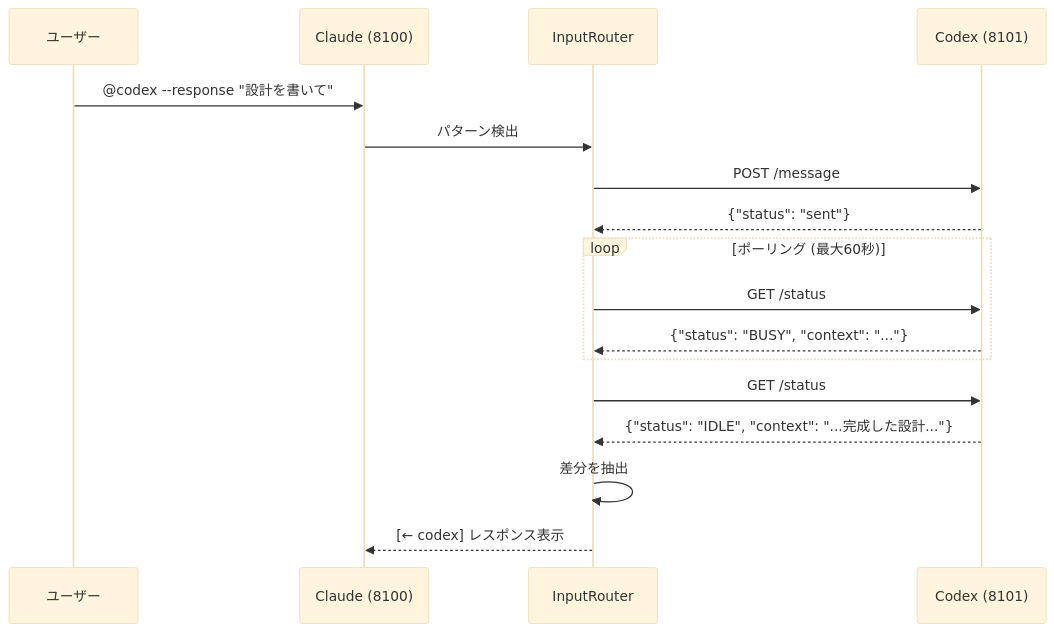
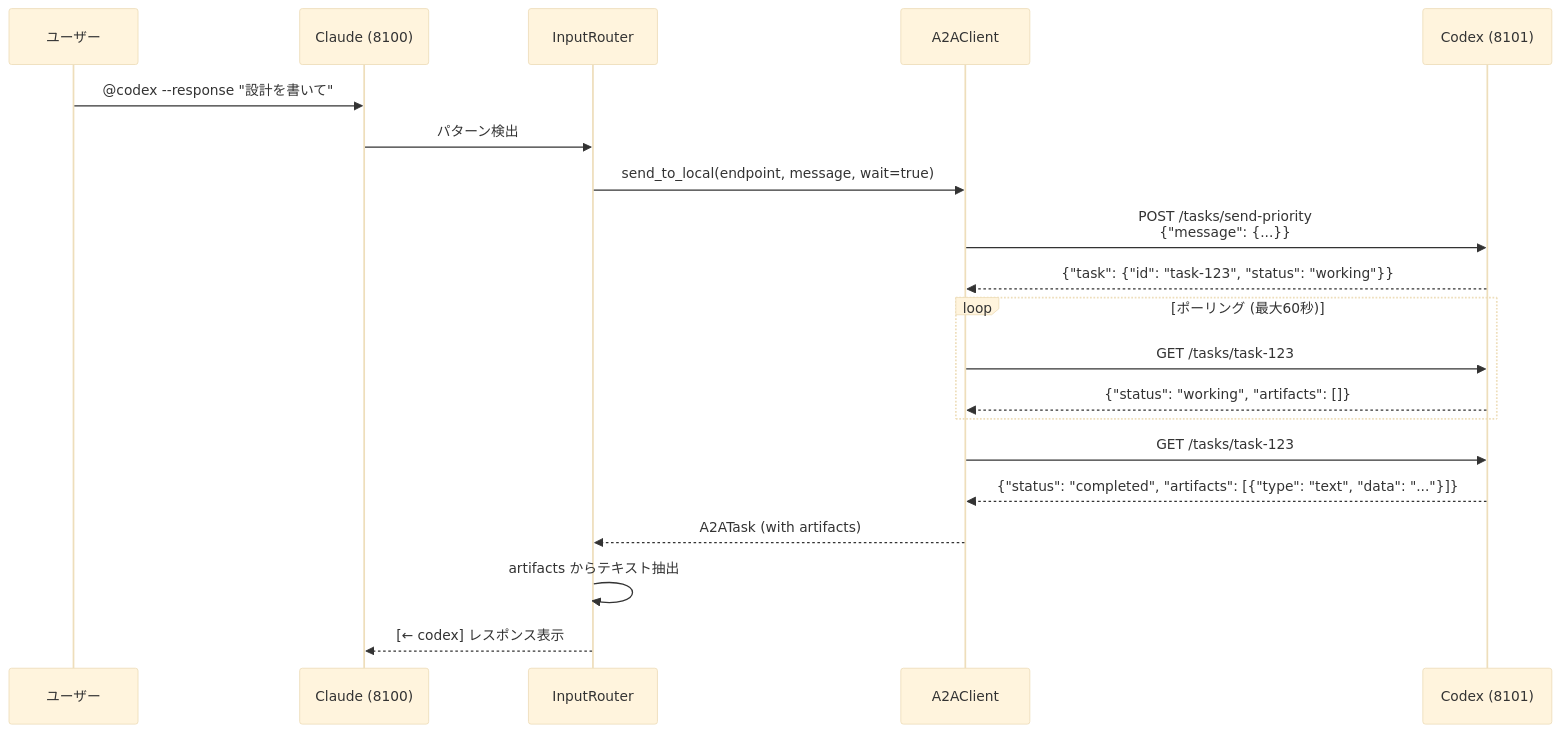
Before and after one commit to s-hiraoku/synapse-a2a: diagram 12 of 18 in guides/architecture.md, drawn with Mermaid (base theme). The commit also changed other lines of this file and 4 other files, not shown here.

````diff
--- a/guides/architecture.md
+++ b/guides/architecture.md
@@ -393,22 +486,25 @@
 ```mermaid
 sequenceDiagram
     participant User as ユーザー
     participant Claude as Claude (8100)
     participant IR as InputRouter
+    participant A2AClient as A2AClient
     participant Codex as Codex (8101)
 
     User->>Claude: @codex --response "設計を書いて"
     Claude->>IR: パターン検出
-    IR->>Codex: POST /message
-    Codex-->>IR: {"status": "sent"}
+    IR->>A2AClient: send_to_local(endpoint, message, wait=true)
+    A2AClient->>Codex: POST /tasks/send-priority<br/>{"message": {...}}
+    Codex-->>A2AClient: {"task": {"id": "task-123", "status": "working"}}
 
     loop ポーリング (最大60秒)
-        IR->>Codex: GET /status
-        Codex-->>IR: {"status": "BUSY", "context": "..."}
+        A2AClient->>Codex: GET /tasks/task-123
+        Codex-->>A2AClient: {"status": "working", "artifacts": []}
     end
 
-    IR->>Codex: GET /status
-    Codex-->>IR: {"status": "IDLE", "context": "...完成した設計..."}
-    IR->>IR: 差分を抽出
+    A2AClient->>Codex: GET /tasks/task-123
+    Codex-->>A2AClient: {"status": "completed", "artifacts": [{"type": "text", "data": "..."}]}
+    A2AClient-->>IR: A2ATask (with artifacts)
+    IR->>IR: artifacts からテキスト抽出
     IR-->>Claude: [← codex] レスポンス表示
 ```
````
